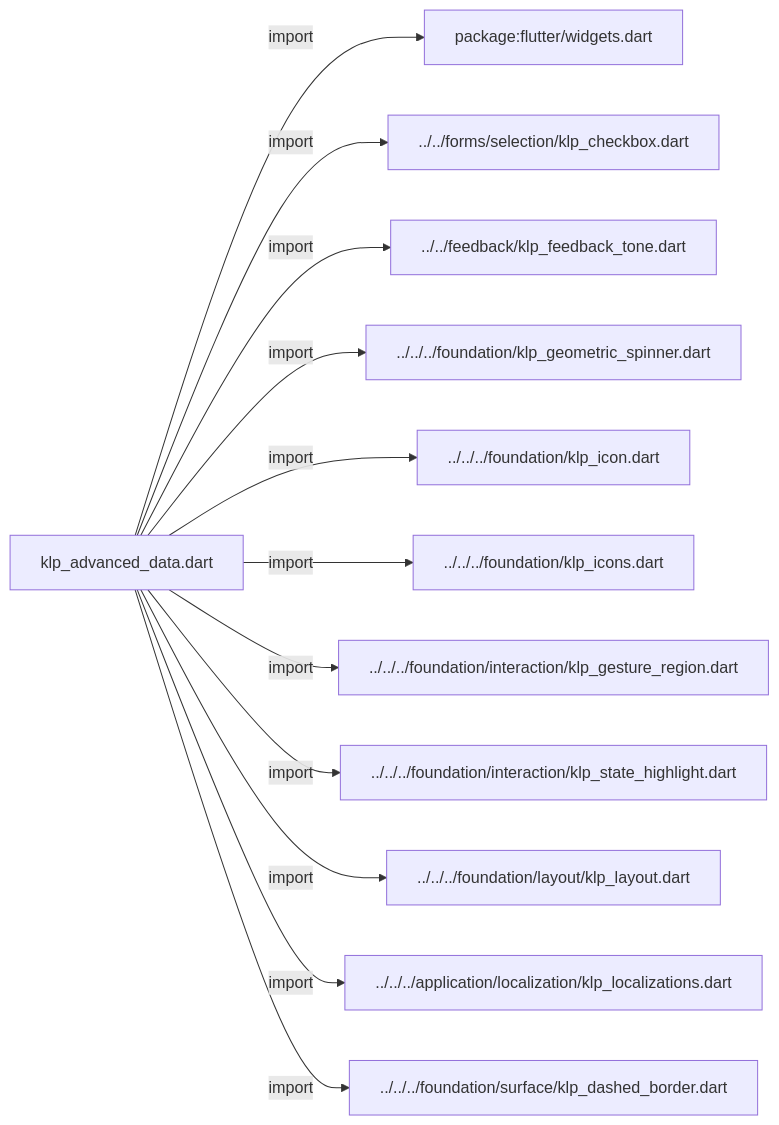
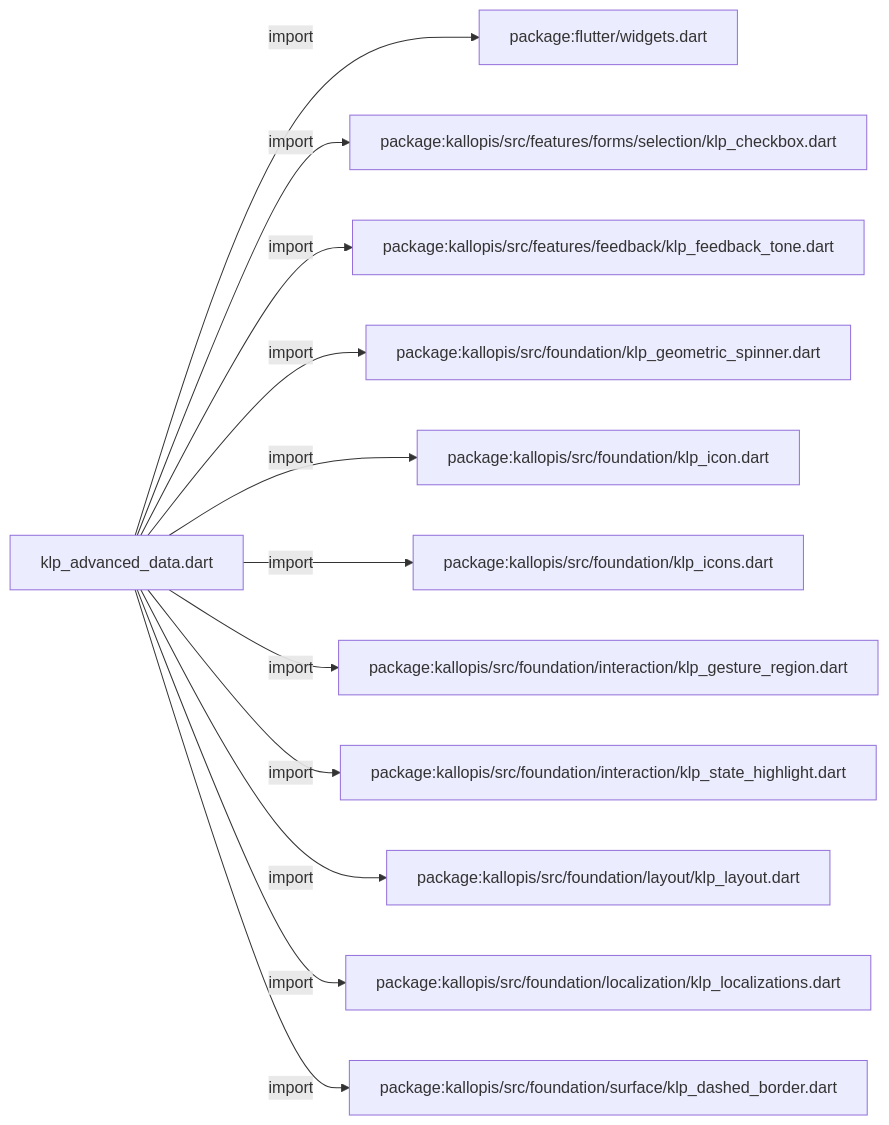
One commit to MiuDog/Kallopis changed the first of 4 diagrams in docs/architecture/src/features/collections/advanced/klp_advanced_data.md. Above: the diagram before and after it, drawn with Mermaid. The commit also changed other lines of this file and 9688 other files, not shown here.

Commit message:
Prepare isolated Flow F2 peer baseline

````diff
--- a/docs/architecture/src/features/collections/advanced/klp_advanced_data.md
+++ b/docs/architecture/src/features/collections/advanced/klp_advanced_data.md
@@ -11,26 +11,26 @@
 ```mermaid
 flowchart LR
 	n0["klp_advanced_data.dart"]
 	n1["package:flutter/widgets.dart"]
-	n2["../../forms/selection/klp_checkbox.dart"]
-	n3["../../feedback/klp_feedback_tone.dart"]
-	n4["../../../foundation/klp_geometric_spinner.dart"]
-	n5["../../../foundation/klp_icon.dart"]
-	n6["../../../foundation/klp_icons.dart"]
-	n7["../../../foundation/interaction/klp_gesture_region.dart"]
-	n8["../../../foundation/interaction/klp_state_highlight.dart"]
-	n9["../../../foundation/layout/klp_layout.dart"]
-	n10["../../../application/localization/klp_localizations.dart"]
-	n11["../../../foundation/surface/klp_dashed_border.dart"]
+	n2["package:kallopis/src/features/forms/selection/klp_checkbox.dart"]
+	n3["package:kallopis/src/features/feedback/klp_feedback_tone.dart"]
+	n4["package:kallopis/src/foundation/klp_geometric_spinner.dart"]
+	n5["package:kallopis/src/foundation/klp_icon.dart"]
+	n6["package:kallopis/src/foundation/klp_icons.dart"]
+	n7["package:kallopis/src/foundation/interaction/klp_gesture_region.dart"]
+	n8["package:kallopis/src/foundation/interaction/klp_state_highlight.dart"]
+	n9["package:kallopis/src/foundation/layout/klp_layout.dart"]
+	n10["package:kallopis/src/foundation/localization/klp_localizations.dart"]
+	n11["package:kallopis/src/foundation/surface/klp_dashed_border.dart"]
 	n0 -->|"import"| n1
 	n0 -->|"import"| n2
 	n0 -->|"import"| n3
 	n0 -->|"import"| n4
 	n0 -->|"import"| n5
 	n0 -->|"import"| n6
 	n0 -->|"import"| n7
 	n0 -->|"import"| n8
 	n0 -->|"import"| n9
 	n0 -->|"import"| n10
 	n0 -->|"import"| n11
 ```
````
